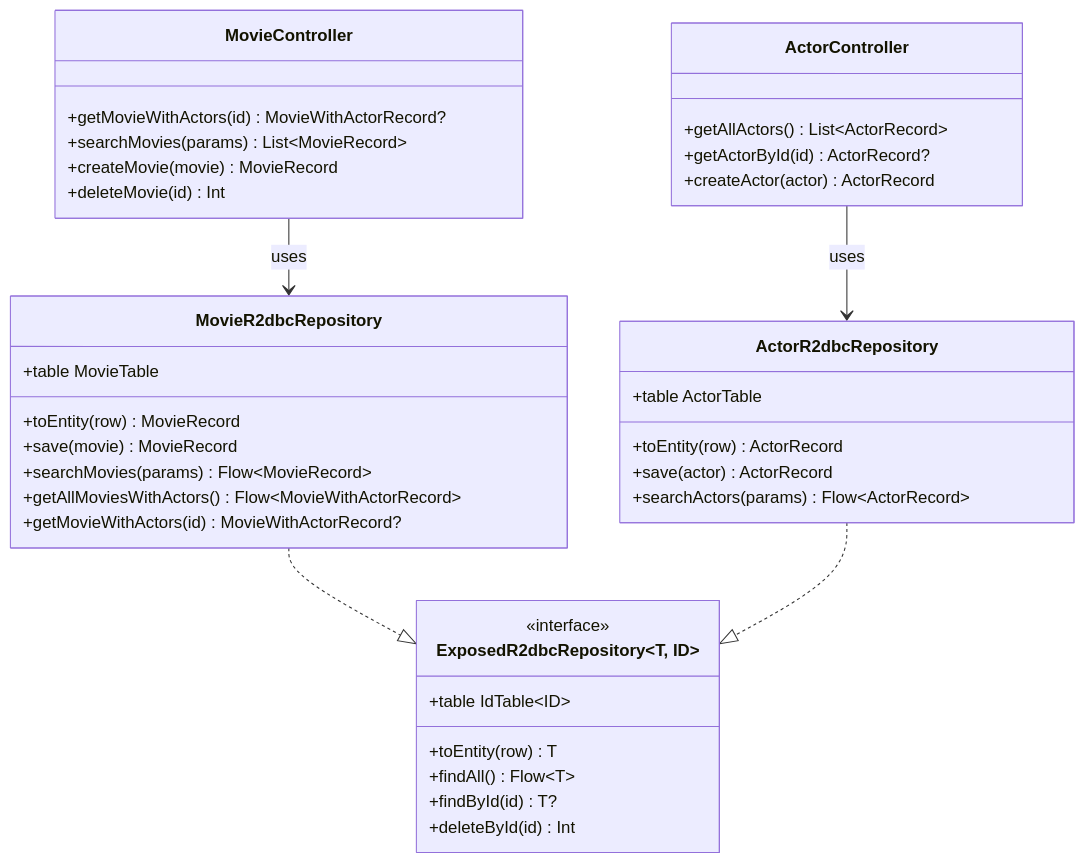
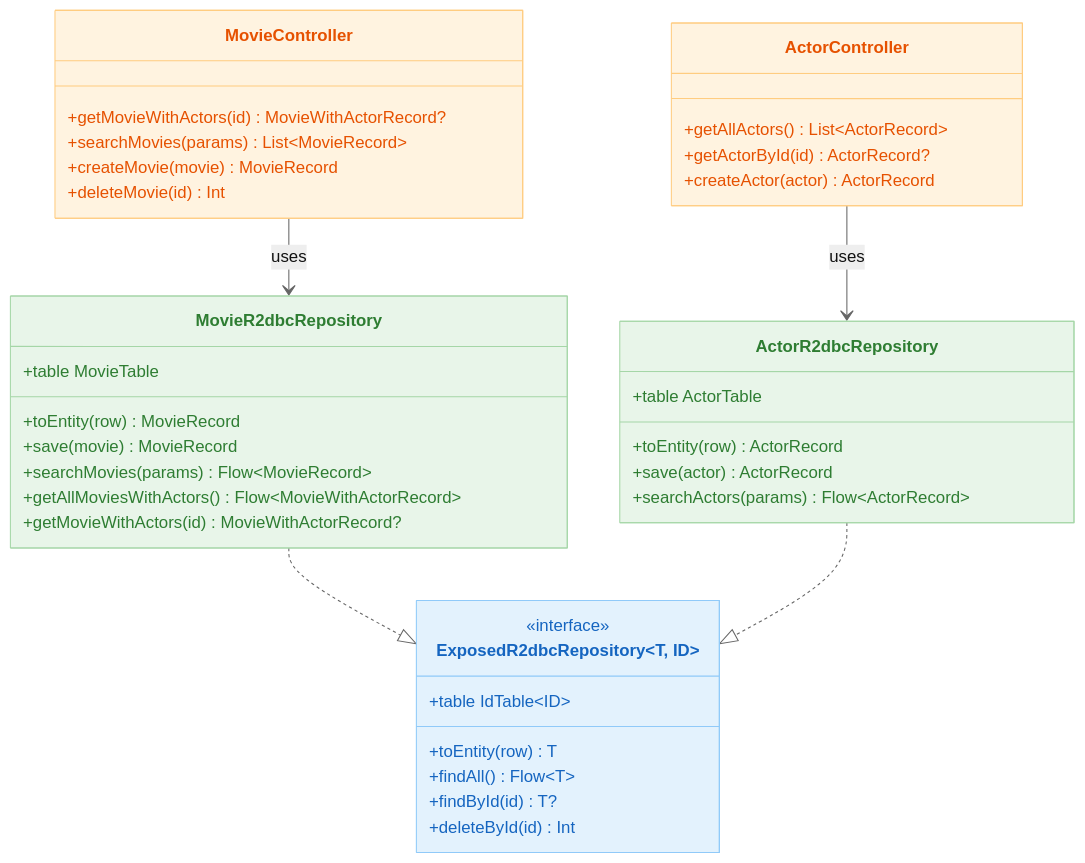
One commit to bluetape4k/exposed-r2dbc-workshop changed the first of 3 diagrams in 09-spring/05-exposed-r2dbc-repository-coroutines/README.md. Above: the diagram before and after it, drawn with Mermaid. The commit also changed other lines of this file and 63 other files, not shown here.

First line of the commit message:
docs: 전 모듈 README Mermaid UML 추가 및 영/한 이중화

````diff
--- a/09-spring/05-exposed-r2dbc-repository-coroutines/README.md
+++ b/09-spring/05-exposed-r2dbc-repository-coroutines/README.md
@@ -50,41 +52,48 @@
 ```mermaid
+%%{init: {"theme": "neutral"}}%%
 classDiagram
     class ExposedR2dbcRepository~T, ID~ {
         <<interface>>
         +table IdTable~ID~
         +toEntity(row) T
         +findAll() Flow~T~
         +findById(id) T?
         +deleteById(id) Int
     }
     class MovieR2dbcRepository {
         +table MovieTable
         +toEntity(row) MovieRecord
         +save(movie) MovieRecord
         +searchMovies(params) Flow~MovieRecord~
         +getAllMoviesWithActors() Flow~MovieWithActorRecord~
         +getMovieWithActors(id) MovieWithActorRecord?
     }
     class ActorR2dbcRepository {
         +table ActorTable
         +toEntity(row) ActorRecord
         +save(actor) ActorRecord
         +searchActors(params) Flow~ActorRecord~
     }
     class MovieController {
         +getMovieWithActors(id) MovieWithActorRecord?
         +searchMovies(params) List~MovieRecord~
         +createMovie(movie) MovieRecord
         +deleteMovie(id) Int
     }
     class ActorController {
         +getAllActors() List~ActorRecord~
         +getActorById(id) ActorRecord?
         +createActor(actor) ActorRecord
     }
 
     MovieR2dbcRepository ..|> ExposedR2dbcRepository
     ActorR2dbcRepository ..|> ExposedR2dbcRepository
     MovieController --> MovieR2dbcRepository: uses
     ActorController --> ActorR2dbcRepository: uses
+
+    style ExposedR2dbcRepository fill:#E3F2FD,stroke:#90CAF9,color:#1565C0
+    style MovieR2dbcRepository fill:#E8F5E9,stroke:#A5D6A7,color:#2E7D32
+    style ActorR2dbcRepository fill:#E8F5E9,stroke:#A5D6A7,color:#2E7D32
+    style MovieController fill:#FFF3E0,stroke:#FFCC80,color:#E65100
+    style ActorController fill:#FFF3E0,stroke:#FFCC80,color:#E65100
 ```
````
